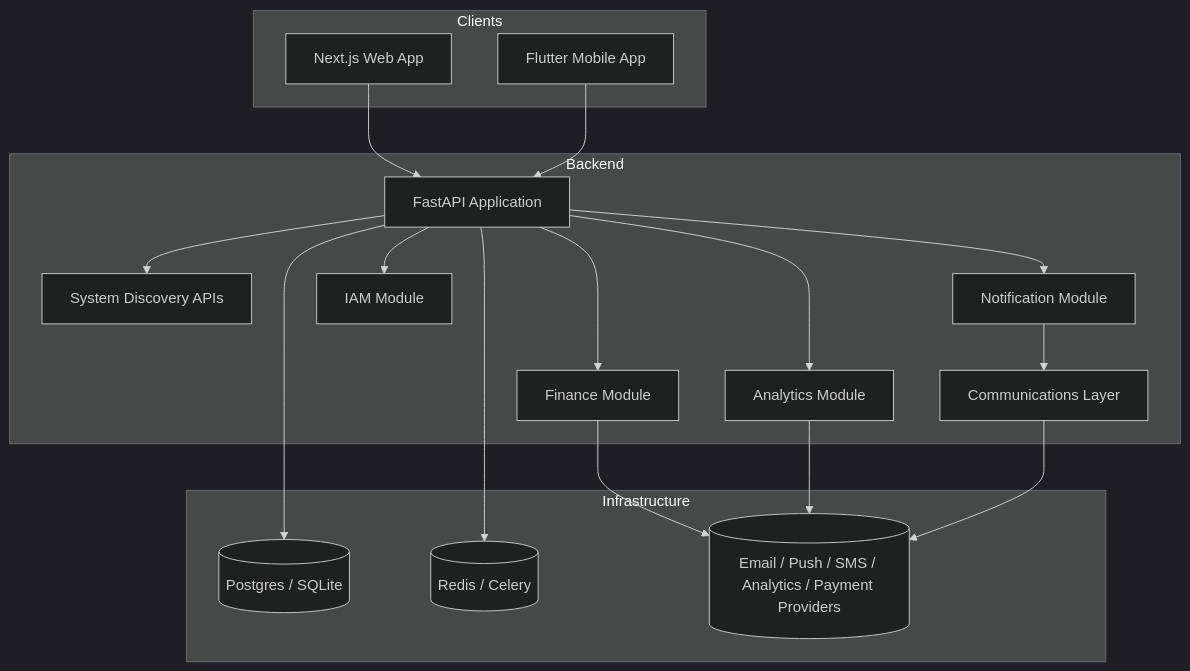
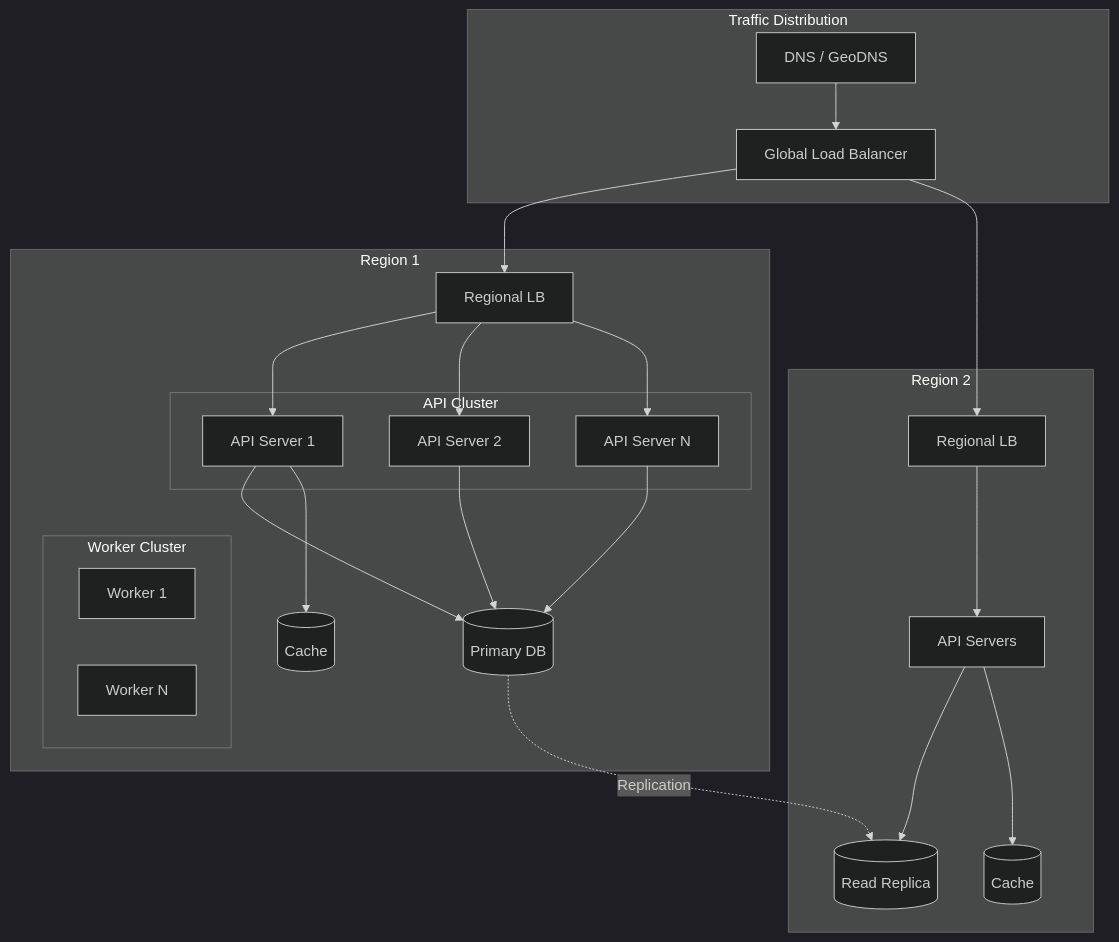
One commit to 0Ankit0/slot-booking changed the sixth of 6 diagrams in docs/high-level-design/architecture-diagram.md. Above: the diagram before and after it, drawn with Mermaid (dark theme). The commit also changed other lines of this file and 36 other files, not shown here.

````diff
--- a/docs/high-level-design/architecture-diagram.md
+++ b/docs/high-level-design/architecture-diagram.md
@@ -3,37 +319,49 @@
 ```mermaid
-flowchart TB
-  subgraph Clients
-    Web[Next.js Web App]
-    Mobile[Flutter Mobile App]
-  end
-
-  subgraph Backend
-    API[FastAPI Application]
-    System[System Discovery APIs]
-    Notify[Notification Module]
-    Finance[Finance Module]
-    IAM[IAM Module]
-    Analytics[Analytics Module]
-    Comms[Communications Layer]
-  end
-
-  subgraph Infrastructure
-    DB[(Postgres / SQLite)]
-    Redis[(Redis / Celery)]
-    Providers[(Email / Push / SMS / Analytics / Payment Providers)]
-  end
-
-  Web --> API
-  Mobile --> API
-  API --> System
-  API --> Notify
-  API --> Finance
-  API --> IAM
-  API --> Analytics
-  Notify --> Comms
-  Finance --> Providers
-  Analytics --> Providers
-  Comms --> Providers
-  API --> DB
-  API --> Redis
+graph TB
+    subgraph "Traffic Distribution"
+        DNS[DNS / GeoDNS]
+        GLB[Global Load Balancer]
+    end
+    
+    subgraph "Region 1"
+        LB1[Regional LB]
+        subgraph "API Cluster"
+            API1[API Server 1]
+            API2[API Server 2]
+            API3[API Server N]
+        end
+        subgraph "Worker Cluster"
+            W1[Worker 1]
+            W2[Worker N]
+        end
+        DB1[(Primary DB)]
+        CACHE1[(Cache)]
+    end
+    
+    subgraph "Region 2"
+        LB2[Regional LB]
+        API4[API Servers]
+        DB2[(Read Replica)]
+        CACHE2[(Cache)]
+    end
+    
+    DNS --> GLB
+    GLB --> LB1
+    GLB --> LB2
+    
+    LB1 --> API1
+    LB1 --> API2
+    LB1 --> API3
+    
+    API1 --> DB1
+    API2 --> DB1
+    API3 --> DB1
+    
+    API1 --> CACHE1
+    
+    DB1 -.->|Replication| DB2
+    
+    LB2 --> API4
+    API4 --> DB2
+    API4 --> CACHE2
 ```
````
